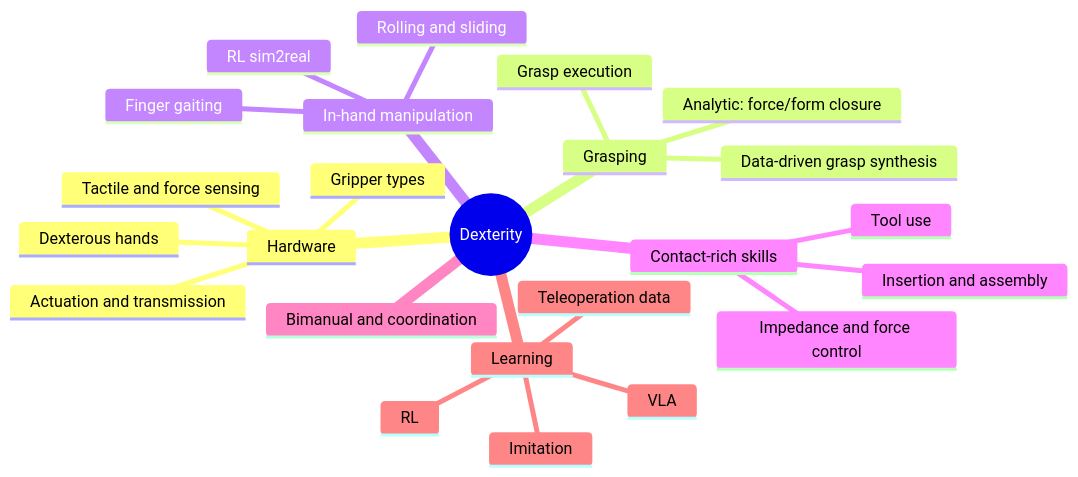
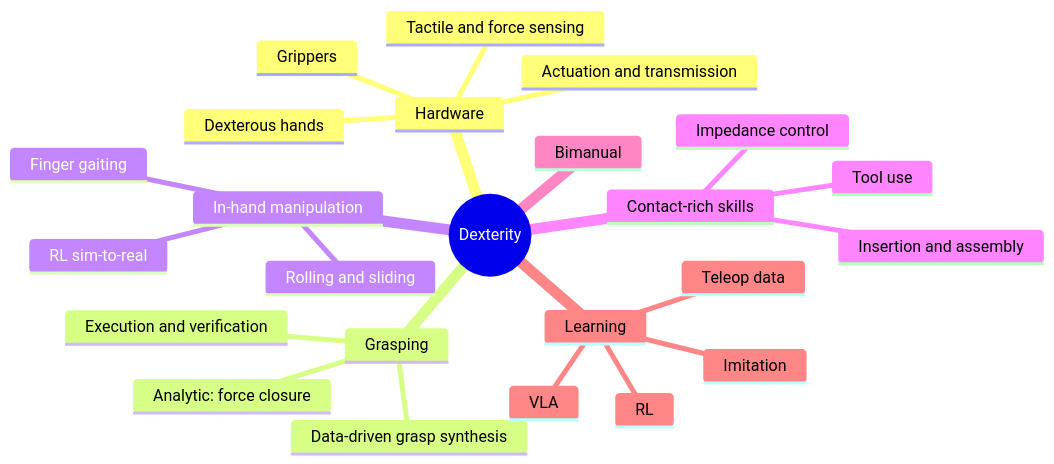
Before and after one commit to yeshwanthguru/Robotics_bible: the diagram in docs/11-mobility-dexterity/manipulation-dexterity.md, drawn with Mermaid. The commit also changed other lines of this file and 120 other files, not shown here.

First line of the commit message:
Rewrite all chapters plain-English first, add 60+ diagrams

````diff
--- a/docs/11-mobility-dexterity/manipulation-dexterity.md
+++ b/docs/11-mobility-dexterity/manipulation-dexterity.md
@@ -10,27 +14,27 @@
 ```mermaid
 mindmap
   root((Dexterity))
     Hardware
-      Gripper types
+      Grippers
       Dexterous hands
       Actuation and transmission
       Tactile and force sensing
     Grasping
-      Analytic: force/form closure
+      Analytic: force closure
       Data-driven grasp synthesis
-      Grasp execution
+      Execution and verification
     In-hand manipulation
       Finger gaiting
       Rolling and sliding
-      RL sim2real
+      RL sim-to-real
     Contact-rich skills
       Insertion and assembly
-      Impedance and force control
+      Impedance control
       Tool use
-    Bimanual and coordination
+    Bimanual
     Learning
       Imitation
       RL
       VLA
-      Teleoperation data
+      Teleop data
 ```
````
